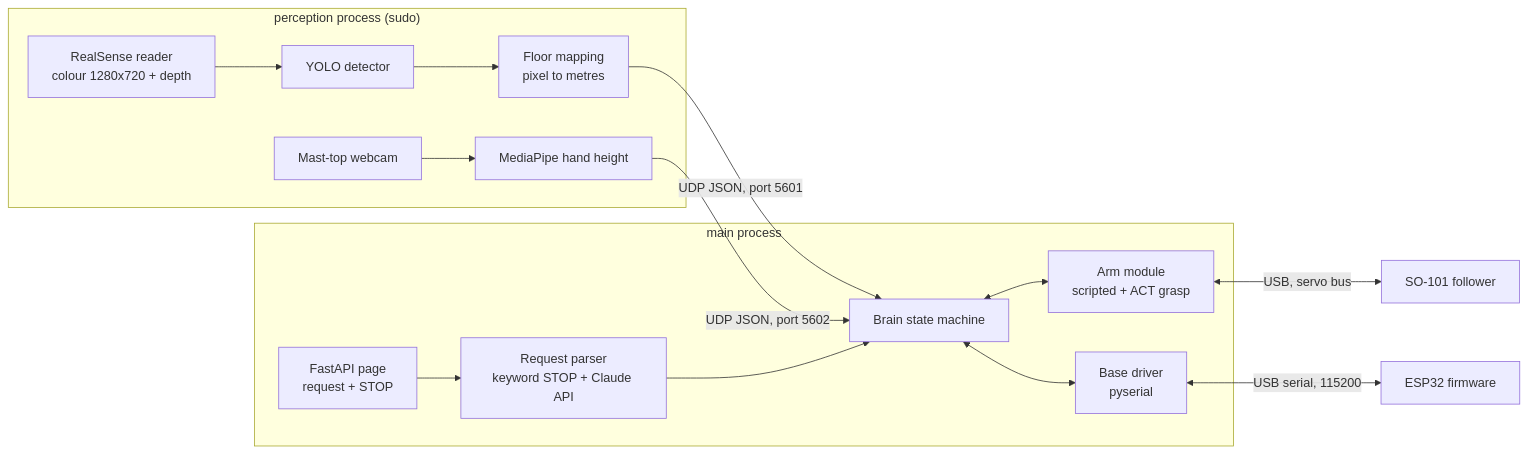
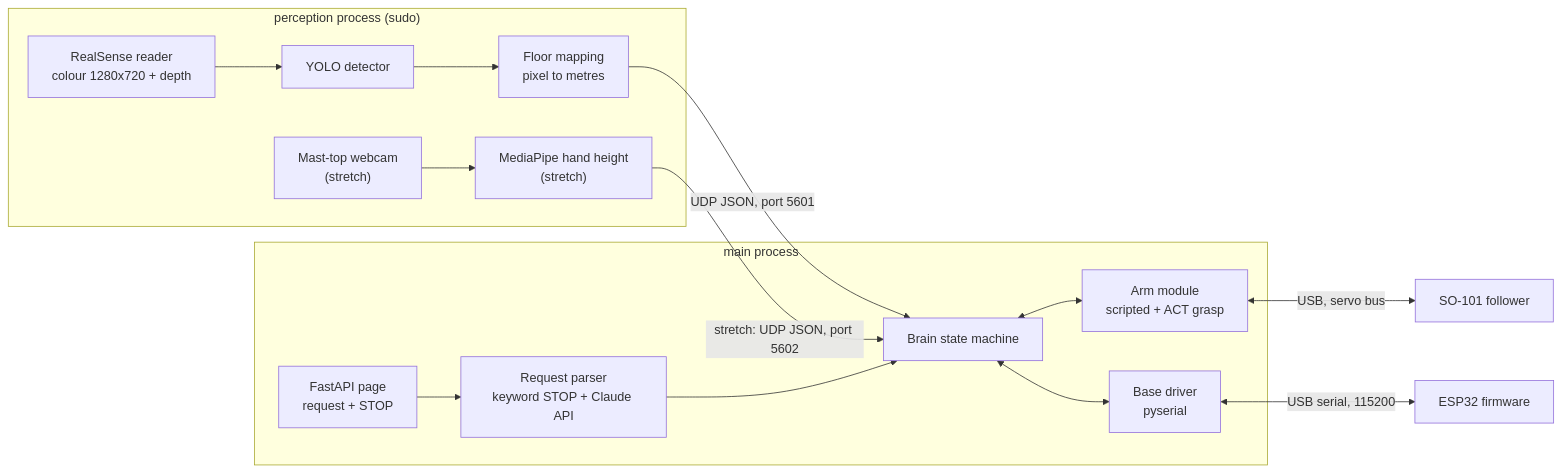
One commit to aarooshpravici/AutoPick-CalHacks changed the seventh of 12 diagrams in plan.md. Above: the diagram before and after it, drawn with Mermaid. The commit also changed other lines of this file, not shown here.

First line of the commit message:
Plan: hour-6 re-plan, arm hands the object over, lift becomes stretch

````diff
--- a/plan.md
+++ b/plan.md
@@ -292,21 +296,21 @@
 ```mermaid
 flowchart LR
     subgraph PERC["perception process (sudo)"]
         RSM["RealSense reader<br/>colour 1280x720 + depth"] --> YOLO["YOLO detector"] --> FLOORM["Floor mapping<br/>pixel to metres"]
-        TOPC["Mast-top webcam"] --> HAND["MediaPipe hand height"]
+        TOPC["Mast-top webcam<br/>(stretch)"] --> HAND["MediaPipe hand height<br/>(stretch)"]
     end
     subgraph MAIN["main process"]
         BRAIN["Brain state machine"]
         ARMM["Arm module<br/>scripted + ACT grasp"]
         BASED["Base driver<br/>pyserial"]
         UI["FastAPI page<br/>request + STOP"]
         REQ["Request parser<br/>keyword STOP + Claude API"]
     end
     FLOORM -->|"UDP JSON, port 5601"| BRAIN
-    HAND -->|"UDP JSON, port 5602"| BRAIN
+    HAND -->|"stretch: UDP JSON, port 5602"| BRAIN
     UI --> REQ --> BRAIN
     BRAIN <--> ARMM
     BRAIN <--> BASED
     BASED <-->|"USB serial, 115200"| ESP32["ESP32 firmware"]
     ARMM <-->|"USB, servo bus"| SO101["SO-101 follower"]
 ```
````
